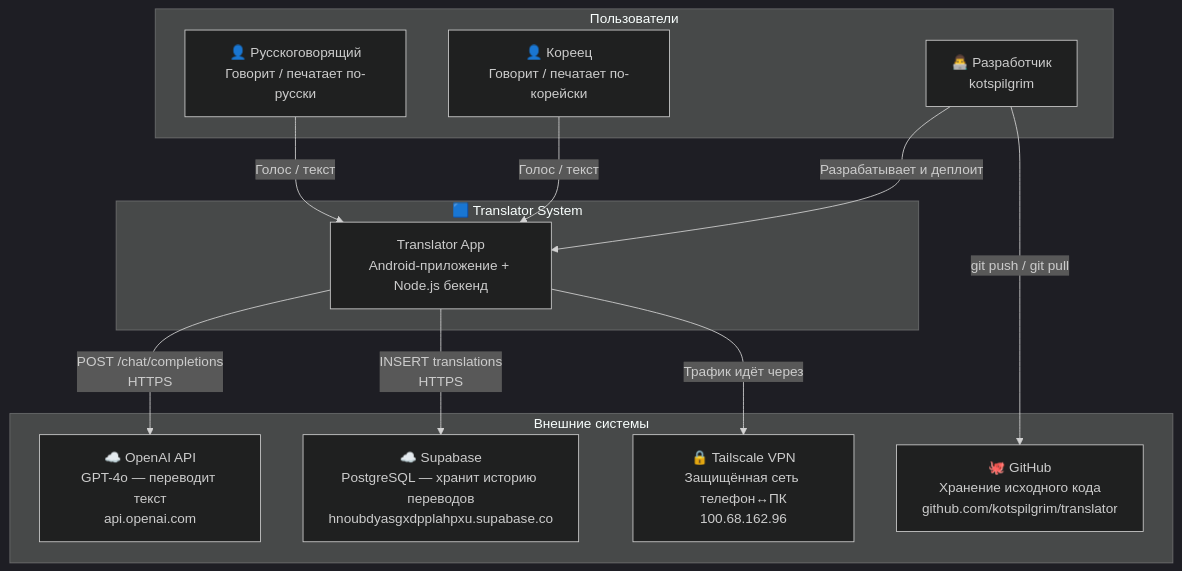
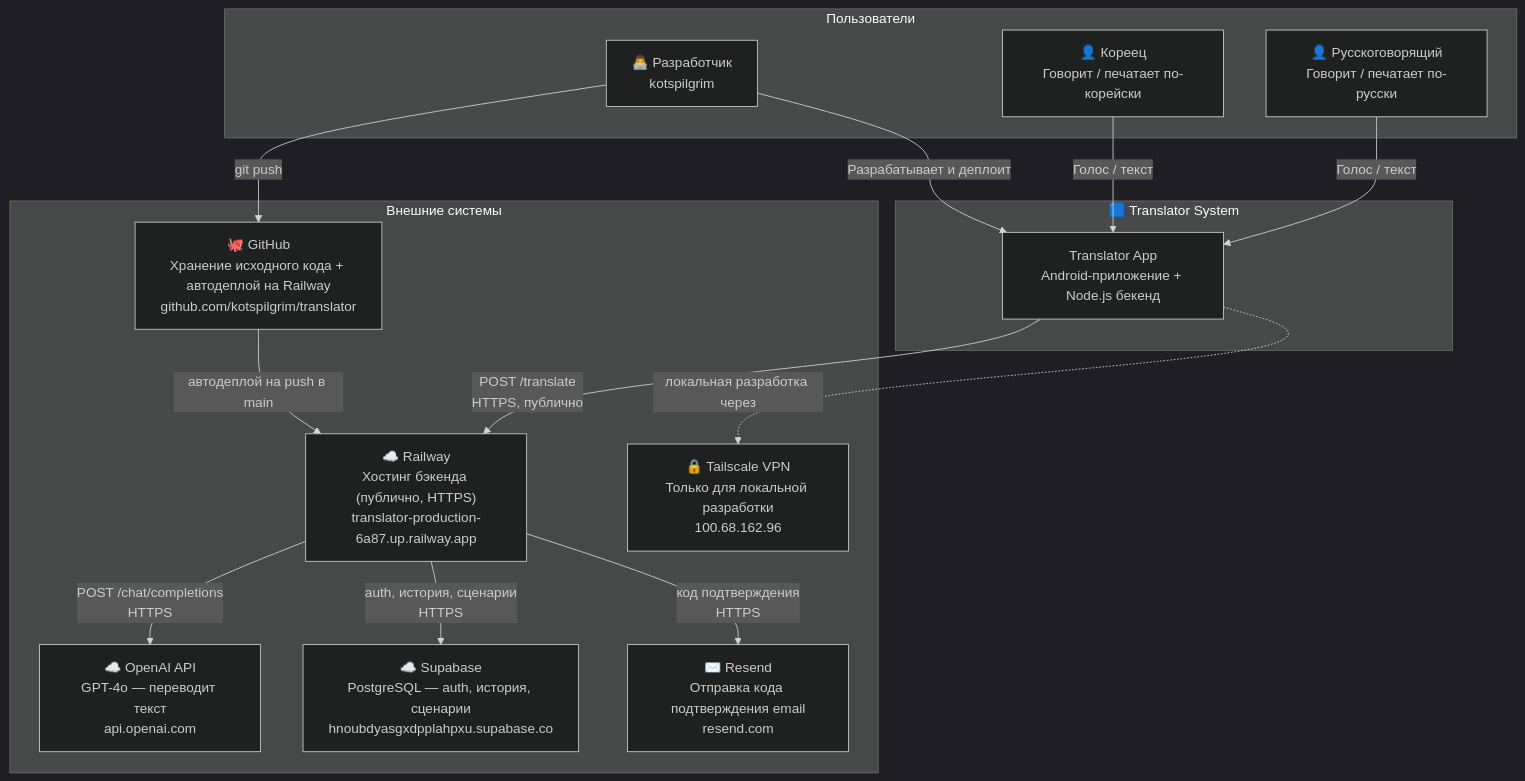
One commit to kotspilgrim/translator changed the first of 6 diagrams in ARCHITECTURE.md. Above: the diagram before and after it, drawn with Mermaid (dark theme). The commit also changed other lines of this file and 2 other files, not shown here.

First line of the commit message:
docs: update ARCHITECTURE.md and CLAUDE.md for Railway deploy + release APK

````diff
--- a/ARCHITECTURE.md
+++ b/ARCHITECTURE.md
@@ -13,27 +13,32 @@
 ```mermaid
 graph TB
   subgraph people["Пользователи"]
     RU["👤 Русскоговорящий\nГоворит / печатает по-русски"]
     KO["👤 Кореец\nГоворит / печатает по-корейски"]
     DEV["👨‍💻 Разработчик\nkotspilgrim"]
   end
 
   subgraph system["🟦 Translator System"]
     APP["Translator App\nAndroid-приложение + Node.js бекенд"]
   end
 
   subgraph external["Внешние системы"]
     OPENAI["☁️ OpenAI API\nGPT-4o — переводит текст\napi.openai.com"]
-    SUPABASE["☁️ Supabase\nPostgreSQL — хранит историю переводов\nhnoubdyasgxdpplahpxu.supabase.co"]
-    GITHUB["🐙 GitHub\nХранение исходного кода\ngithub.com/kotspilgrim/translator"]
-    TAILSCALE["🔒 Tailscale VPN\nЗащищённая сеть телефон↔ПК\n100.68.162.96"]
+    SUPABASE["☁️ Supabase\nPostgreSQL — auth, история, сценарии\nhnoubdyasgxdpplahpxu.supabase.co"]
+    RESEND["✉️ Resend\nОтправка кода подтверждения email\nresend.com"]
+    RAILWAY["☁️ Railway\nХостинг бэкенда (публично, HTTPS)\ntranslator-production-6a87.up.railway.app"]
+    GITHUB["🐙 GitHub\nХранение исходного кода + автодеплой на Railway\ngithub.com/kotspilgrim/translator"]
+    TAILSCALE["🔒 Tailscale VPN\nТолько для локальной разработки\n100.68.162.96"]
   end
 
   RU -->|"Голос / текст"| APP
   KO -->|"Голос / текст"| APP
   DEV -->|"Разрабатывает и деплоит"| APP
-  APP -->|"POST /chat/completions\nHTTPS"| OPENAI
-  APP -->|"INSERT translations\nHTTPS"| SUPABASE
-  DEV -->|"git push / git pull"| GITHUB
-  APP -->|"Трафик идёт через"| TAILSCALE
+  APP -->|"POST /translate\nHTTPS, публично"| RAILWAY
+  RAILWAY -->|"POST /chat/completions\nHTTPS"| OPENAI
+  RAILWAY -->|"auth, история, сценарии\nHTTPS"| SUPABASE
+  RAILWAY -->|"код подтверждения\nHTTPS"| RESEND
+  DEV -->|"git push"| GITHUB
+  GITHUB -->|"автодеплой на push в main"| RAILWAY
+  APP -.->|"локальная разработка через"| TAILSCALE
 ```
````
